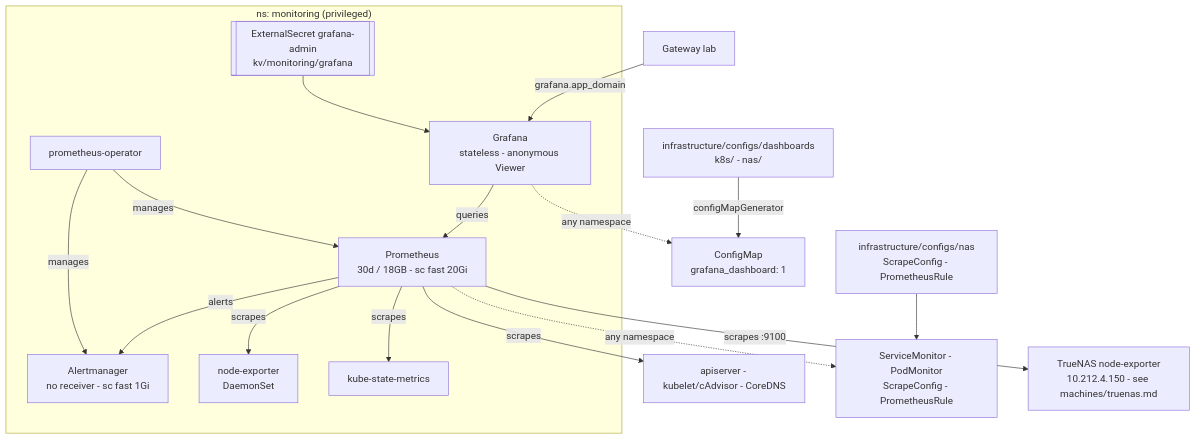
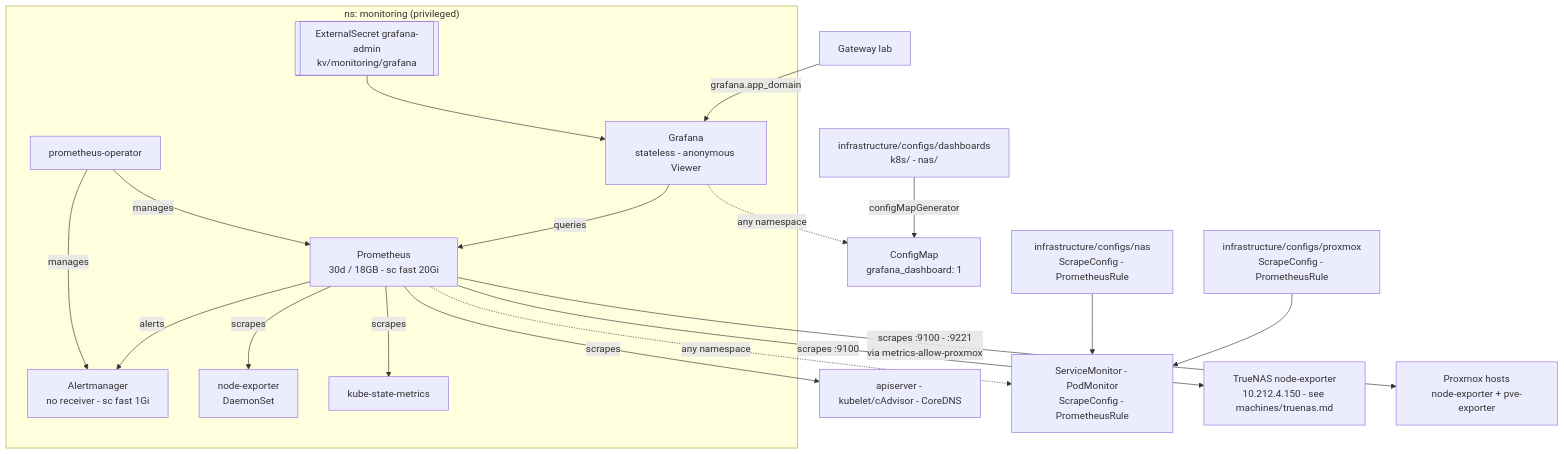
Before and after one commit to Sojamann/homelab-apps: the diagram in docs/monitoring.md, drawn with Mermaid. The commit also changed 4 other files, not shown here.

Commit message:
flux: scrape proxmox exporters, pve alert rules

````diff
--- a/docs/monitoring.md
+++ b/docs/monitoring.md
@@ -10,26 +10,28 @@
 ```mermaid
 graph TD
   subgraph mon["ns: monitoring (privileged)"]
     OP["prometheus-operator"]
     PROM["Prometheus<br/>30d / 18GB - sc fast 20Gi"]
     AM["Alertmanager<br/>no receiver - sc fast 1Gi"]
     GR["Grafana<br/>stateless - anonymous Viewer"]
     NE["node-exporter<br/>DaemonSet"]
     KSM["kube-state-metrics"]
     SEC[["ExternalSecret grafana-admin<br/>kv/monitoring/grafana"]]
     OP -->|manages| PROM & AM
     SEC --> GR
     GR -->|queries| PROM
     PROM -->|alerts| AM
   end
 
   PROM -->|scrapes| NE & KSM
   PROM -->|scrapes| K["apiserver - kubelet/cAdvisor - CoreDNS"]
   PROM -.->|any namespace| MON["ServiceMonitor - PodMonitor<br/>ScrapeConfig - PrometheusRule"]
   GR -.->|any namespace| DASH["ConfigMap<br/>grafana_dashboard: 1"]
   CFG["infrastructure/configs/dashboards<br/>k8s/ - nas/"] -->|configMapGenerator| DASH
   NAS["infrastructure/configs/nas<br/>ScrapeConfig - PrometheusRule"] --> MON
+  PVE["infrastructure/configs/proxmox<br/>ScrapeConfig - PrometheusRule"] --> MON
   PROM -->|scrapes :9100| TN["TrueNAS node-exporter<br/>10.212.4.150 - see machines/truenas.md"]
+  PROM -->|scrapes :9100 - :9221<br/>via metrics-allow-proxmox| PX["Proxmox hosts<br/>node-exporter + pve-exporter"]
 
   GW["Gateway lab"] -->|grafana.app_domain| GR
 ```
````
